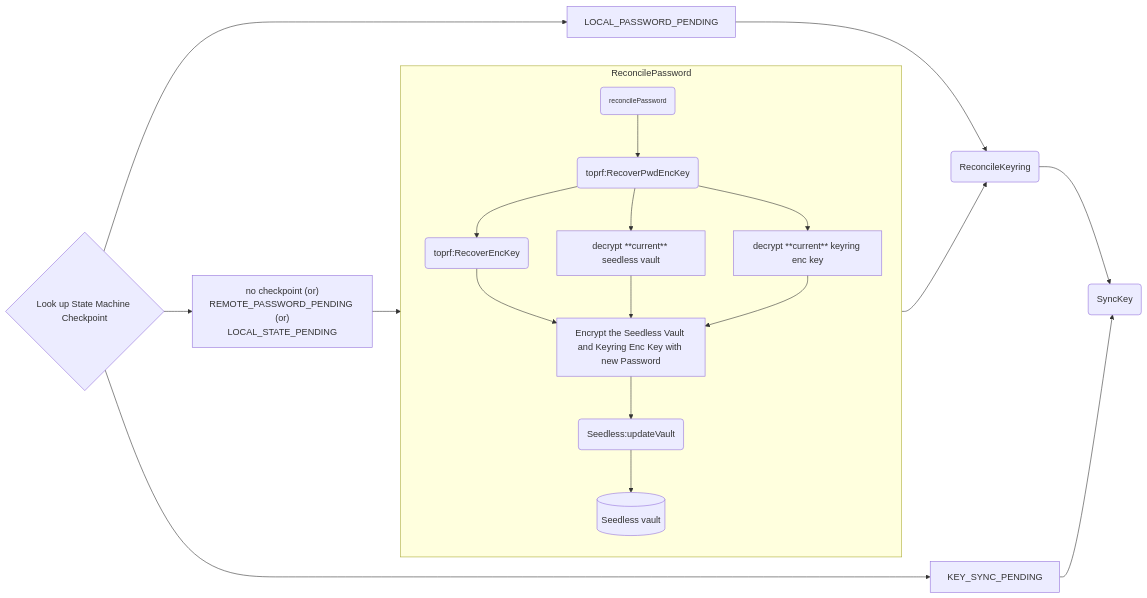
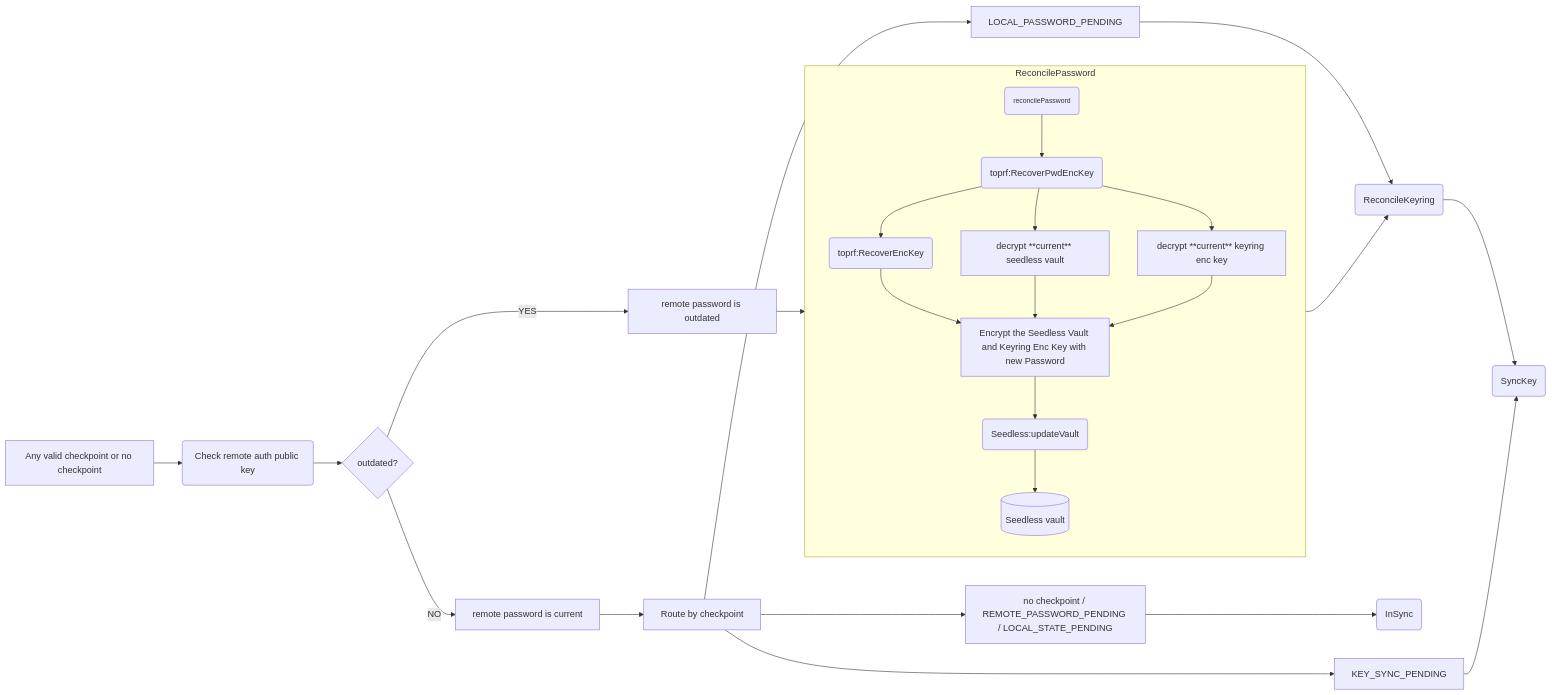
Before and after one commit to MetaMask/core: the fifth of 5 diagrams in packages/seedless-onboarding-controller/docs/0002-seedless-password-sync-flow.md, drawn with Mermaid. The commit also changed other lines of this file and 5 other files, not shown here.

````diff
--- a/packages/seedless-onboarding-controller/docs/0002-seedless-password-sync-flow.md
+++ b/packages/seedless-onboarding-controller/docs/0002-seedless-password-sync-flow.md
@@ -233,43 +232,53 @@
 ```mermaid
 flowchart LR
  subgraph s1["ReconcilePassword"]
         n1["reconcilePassword"]
         n13["toprf:RecoverPwdEncKey"]
         n14["decrypt **current** seedless vault"]
         n15["decrypt **current** keyring enc key"]
         n16["toprf:RecoverEncKey"]
         n19["Encrypt the Seedless Vault and Keyring Enc Key with new Password"]
         n17["Seedless:updateVault"]
         n18["Seedless vault"]
   end
     n13 --> n14 & n15 & n16
     n16 --> n19
     n14 --> n19
     n15 --> n19
     n19 --> n17
     n17 --> n18
     n1 --> n13
-    n20["no checkpoint (or)<br>REMOTE_PASSWORD_PENDING (or)<br>LOCAL_STATE_PENDING"] --> s1
+    n20["remote password is outdated"] --> s1
     s1 --> n21["ReconcileKeyring"]
     n21 --> n22["SyncKey"]
-    n23["LOCAL_PASSWORD_PENDING"] --> n21
-    n24["KEY_SYNC_PENDING"] --> n22
-    n25["Look up State Machine Checkpoint"] --> n20 & n23
-    n25 --> n24
+    n23["remote password is current"] --> n24["Route by checkpoint"]
+    n24 --> n30["no checkpoint / REMOTE_PASSWORD_PENDING / LOCAL_STATE_PENDING"] --> n31["InSync"]
+    n24 --> n25["LOCAL_PASSWORD_PENDING"] --> n21
+    n24 --> n26["KEY_SYNC_PENDING"] --> n22
+    n27["Any valid checkpoint or no checkpoint"] --> n28["Check remote auth public key"]
+    n28 --> n29["outdated?"]
+    n29 -- YES --> n20
+    n29 -- NO --> n23
 
     n1@{ shape: rounded}
     n13@{ shape: rounded}
     n14@{ shape: rect}
     n15@{ shape: rect}
     n16@{ shape: rounded}
     n19@{ shape: rect}
     n17@{ shape: rounded}
     n18@{ shape: cyl}
     n20@{ shape: rect}
     n21@{ shape: rounded}
     n22@{ shape: rounded}
     n23@{ shape: rect}
     n24@{ shape: rect}
-    n25@{ shape: diam}
+    n25@{ shape: rect}
+    n26@{ shape: rect}
+    n27@{ shape: rect}
+    n28@{ shape: rounded}
+    n29@{ shape: diam}
+    n30@{ shape: rect}
+    n31@{ shape: rounded}
     style n1 font-size:12px
 ```
````
